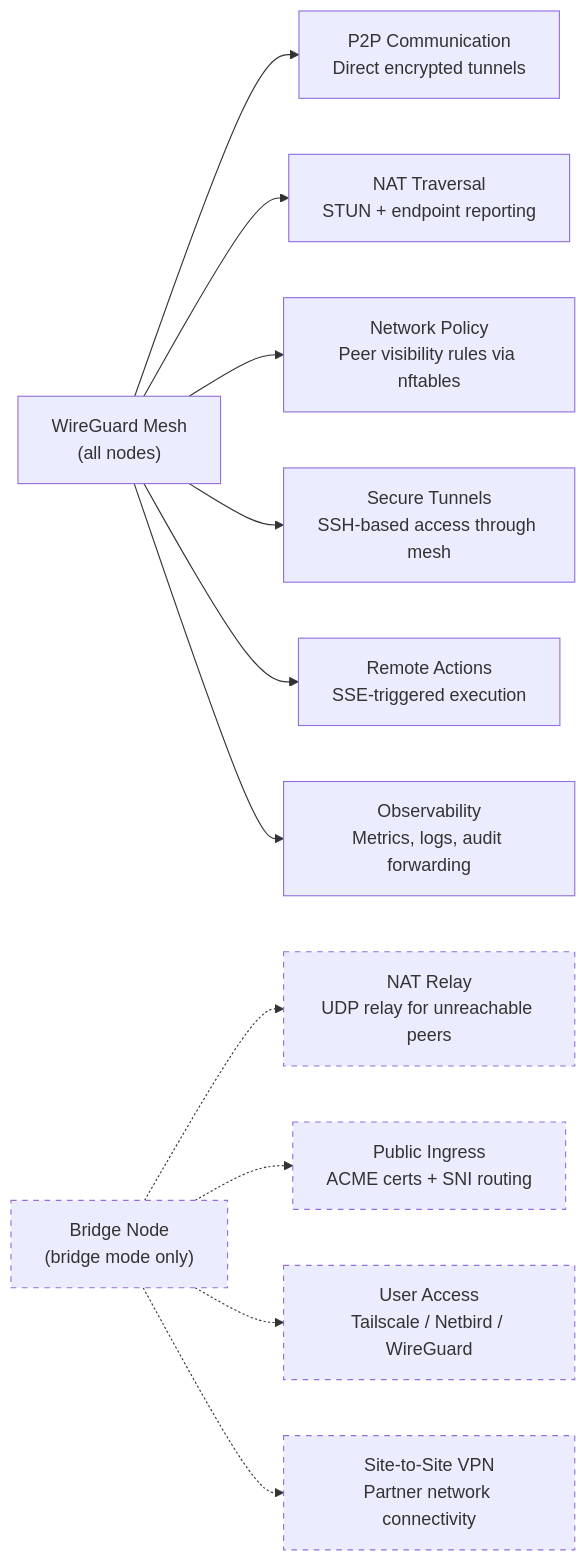
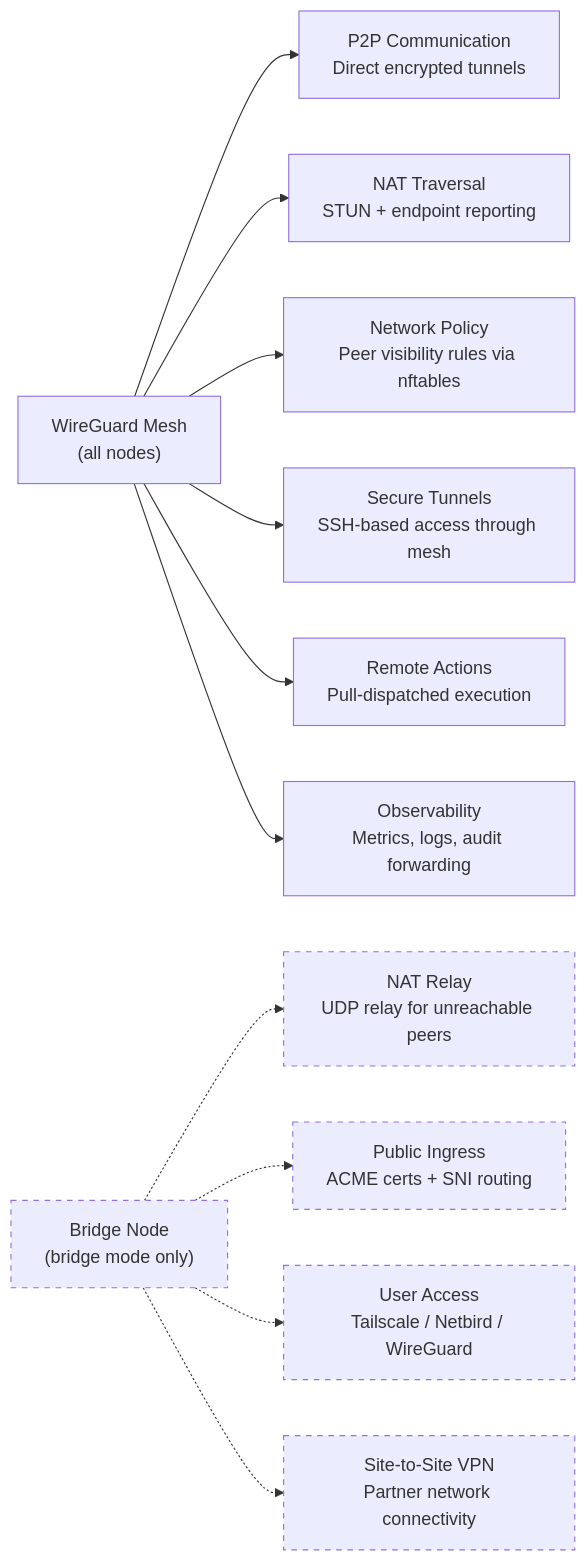
Before and after one commit to plexsphere/plexd: the fourth of 4 diagrams in docs/guide/platform-communication.md, drawn with Mermaid. The commit also changed other lines of this file and 16 other files, not shown here.

````diff
--- a/docs/guide/platform-communication.md
+++ b/docs/guide/platform-communication.md
@@ -166,24 +166,24 @@
 ```mermaid
 flowchart LR
     MESH["WireGuard Mesh<br/>(all nodes)"]
 
     MESH --> C1["P2P Communication<br/>Direct encrypted tunnels"]
     MESH --> C2["NAT Traversal<br/>STUN + endpoint reporting"]
     MESH --> C3["Network Policy<br/>Peer visibility rules via nftables"]
     MESH --> C4["Secure Tunnels<br/>SSH-based access through mesh"]
-    MESH --> C5["Remote Actions<br/>SSE-triggered execution"]
+    MESH --> C5["Remote Actions<br/>Pull-dispatched execution"]
     MESH --> C6["Observability<br/>Metrics, logs, audit forwarding"]
 
     BR["Bridge Node<br/>(bridge mode only)"]
 
     BR -.-> B1["NAT Relay<br/>UDP relay for unreachable peers"]
     BR -.-> B2["Public Ingress<br/>ACME certs + SNI routing"]
     BR -.-> B3["User Access<br/>Tailscale / Netbird / WireGuard"]
     BR -.-> B4["Site-to-Site VPN<br/>Partner network connectivity"]
 
     style BR stroke-dasharray: 5 5
     style B1 stroke-dasharray: 5 5
     style B2 stroke-dasharray: 5 5
     style B3 stroke-dasharray: 5 5
     style B4 stroke-dasharray: 5 5
 ```
````
